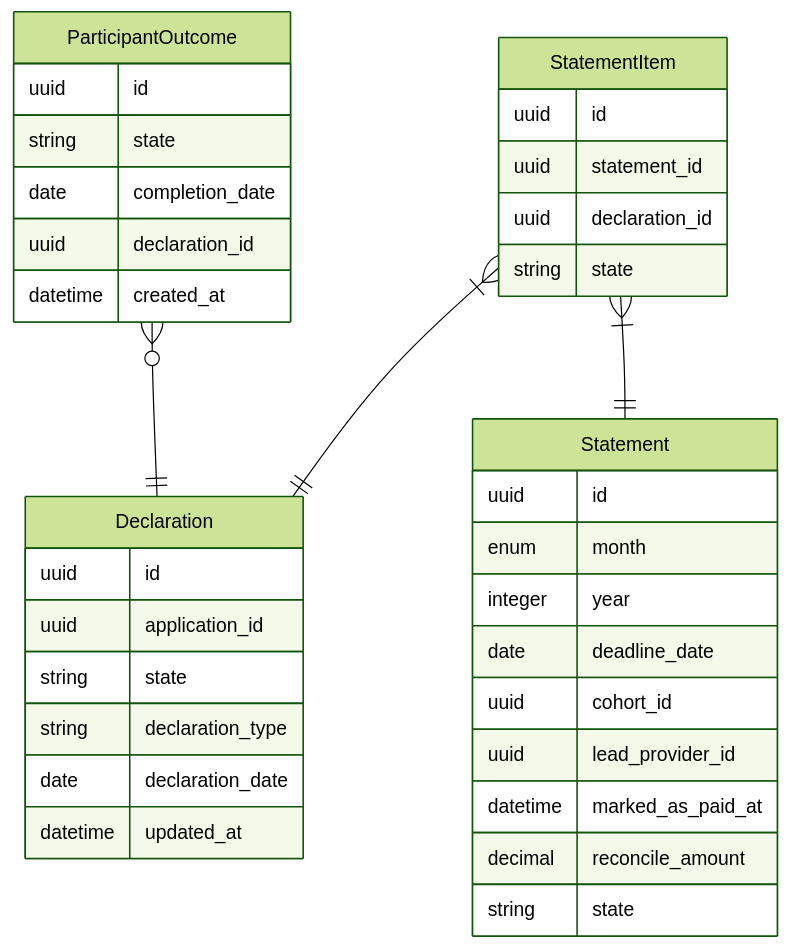
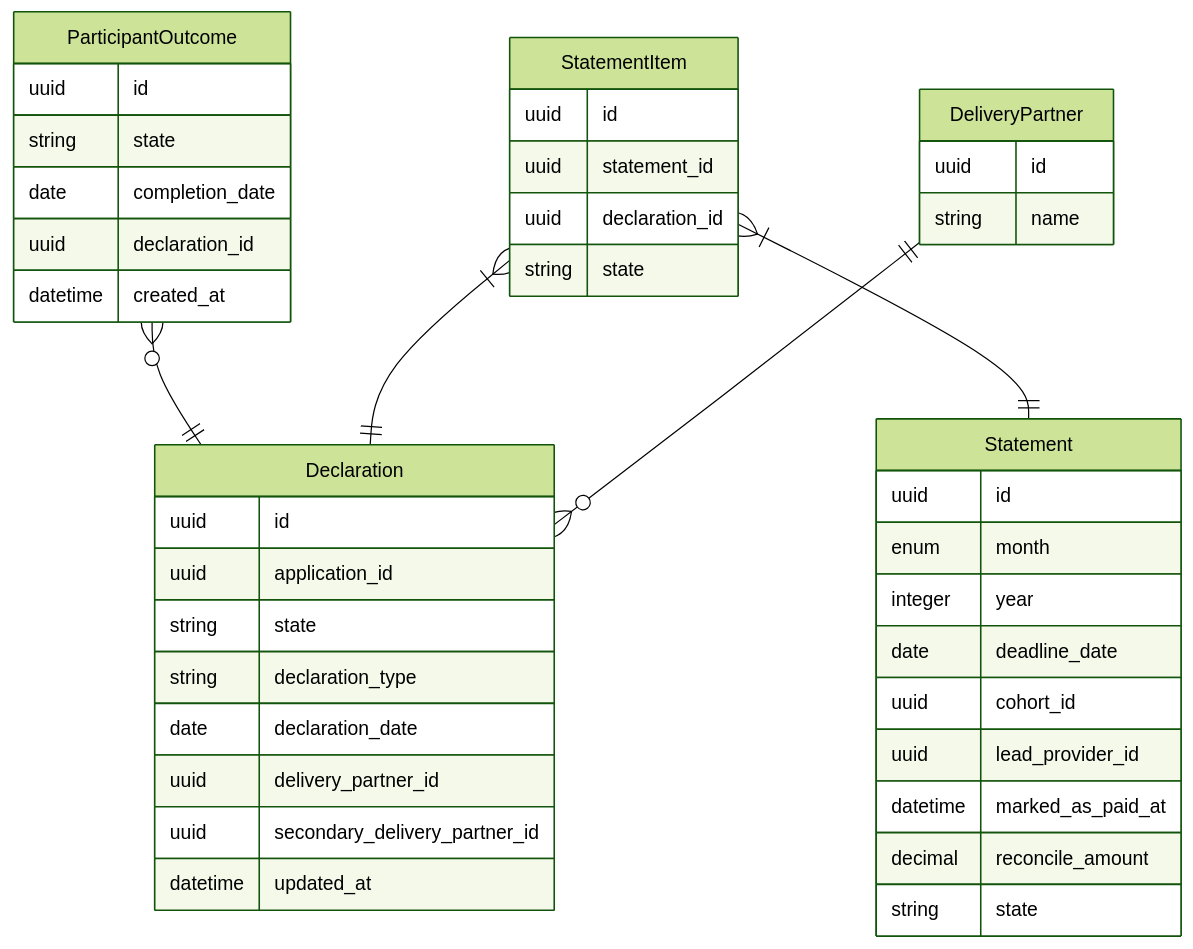
Before and after one commit to DFE-Digital/npq-registration: the third of 5 diagrams in docs/data_model.md, drawn with Mermaid (forest theme). The commit also changed other lines of this file and 4 other files, not shown here.

````diff
--- a/docs/data_model.md
+++ b/docs/data_model.md
@@ -200,43 +205,52 @@
 ```mermaid
 erDiagram
     ParticipantOutcome }o--|| Declaration : ""
 
     StatementItem }|--|| Statement : ""
     StatementItem }|--|| Declaration : ""
 
+    DeliveryPartner ||--o{ Declaration : ""
+
     Declaration {
         uuid id
         uuid application_id
         string state
         string declaration_type
         date declaration_date
+        uuid delivery_partner_id
+        uuid secondary_delivery_partner_id
         datetime updated_at
     }
 
     Statement {
         uuid id
         enum month
         integer year
         date deadline_date
         uuid cohort_id
         uuid lead_provider_id
         datetime marked_as_paid_at
         decimal reconcile_amount
         string state
     }
 
     StatementItem {
         uuid id
         uuid statement_id
         uuid declaration_id
         string state
     }
 
     ParticipantOutcome {
         uuid id
         string state
         date completion_date
         uuid declaration_id
         datetime created_at
     }
+
+    DeliveryPartner {
+        uuid id
+        string name
+    }
 ```
````
